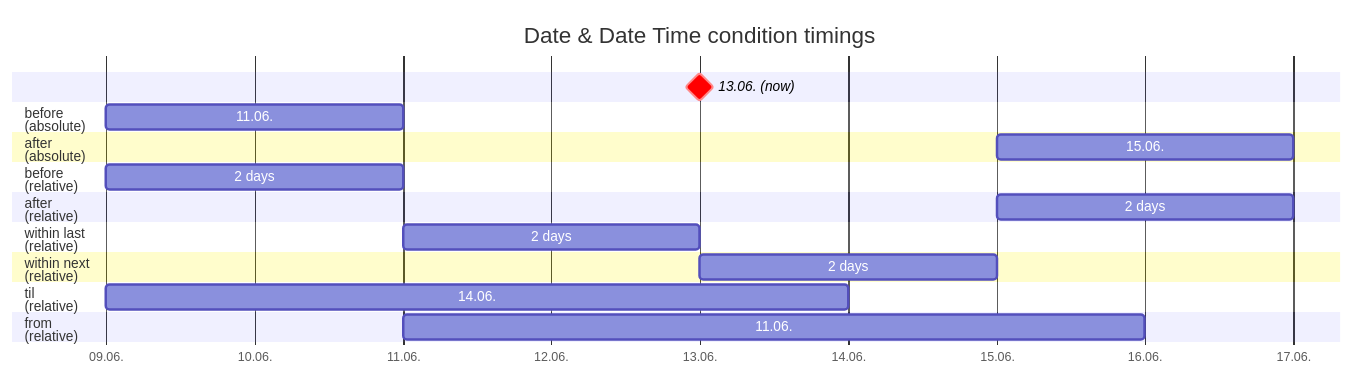
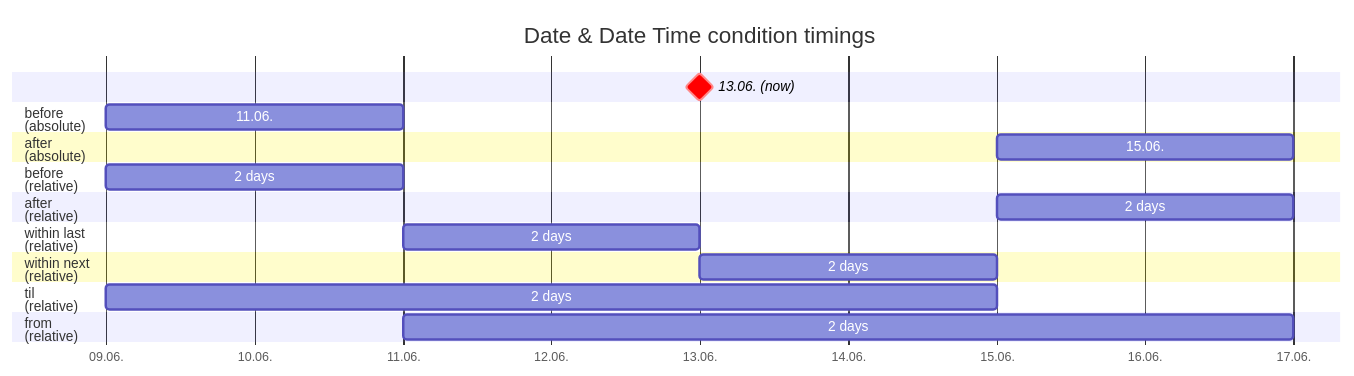
One commit to zammad/zammad-admin-documentation changed the diagram in misc/object-conditions/time-conditions-mermaid.include.rst. Above: the diagram before and after it, drawn with Mermaid. The commit also changed 4 other files, not shown here.

Commit message:
Maintenance: Improve wordings and mermaids as per Dusans QA

```diff
--- a/misc/object-conditions/time-conditions-mermaid.include.rst
+++ b/misc/object-conditions/time-conditions-mermaid.include.rst
@@ -1,24 +1,24 @@
 .. mermaid::
    
    gantt
       title Date & Date Time condition timings
       dateFormat  DD.MM.YYYY
       axisFormat %d.%m.
       todayMarker off
       13.06. (now) :crit, milestone, 13.06.2023,0d
       section before<br>(absolute)
       11.06.       :beforeabs, 09.06.2023, 2d
       section after<br>(absolute)
       15.06.       :after withinnext, 2d
       section before<br>(relative)
       2 days       :09.06.2023, 2d
       section after<br>(relative)
       2 days       :after withinnext, 2d
       section within last<br>(relative)
       2 days       :withinlast, after beforeabs, 2d
       section within next<br>(relative)
       2 days       :withinnext, after withinlast, 2d
       section til<br>(relative)
-      14.06.       :09.06.2023, 5d
+      2 days       :09.06.2023, 6d
       section from<br>(relative)
-      11.06.       :after beforeabs, 5d
+      2 days       :after beforeabs, 6d
```
